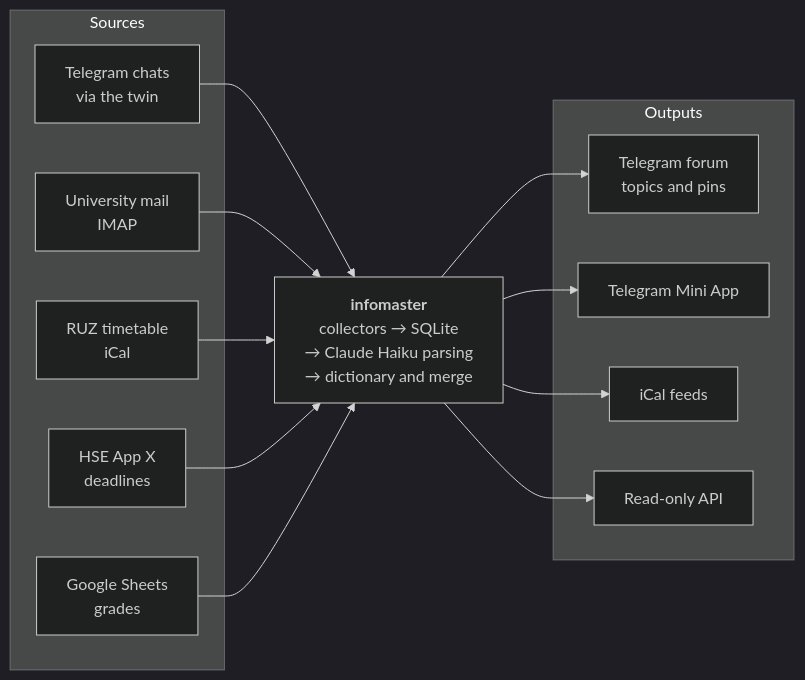
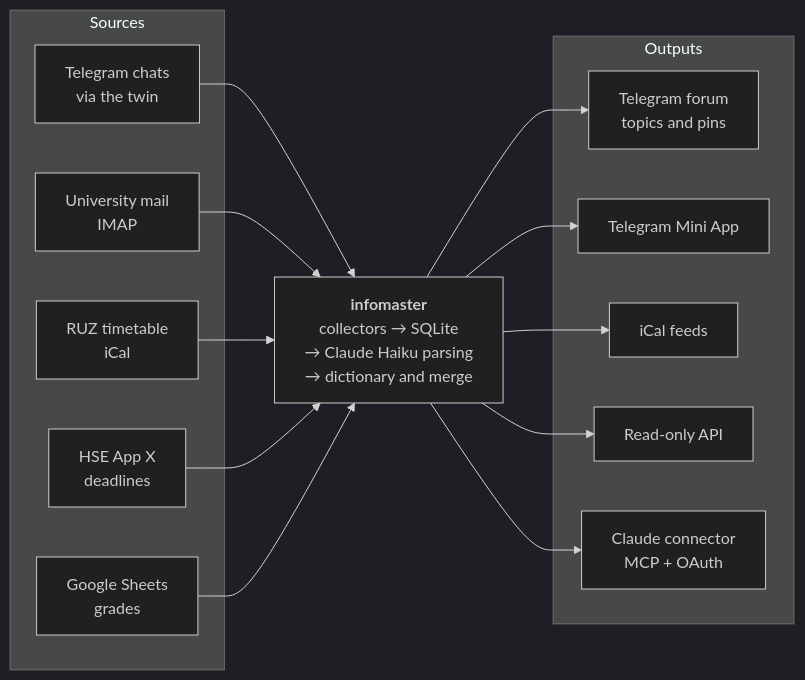
Before and after one commit to IvanIkra/infomaster: the diagram in README.md, drawn with Mermaid (dark theme). The commit also changed other lines of this file and 2 other files, not shown here.

Commit message:
Docs: the MCP connector, how to add it in claude.ai

````diff
--- a/README.md
+++ b/README.md
@@ -37,19 +40,20 @@
 ```mermaid
 flowchart LR
     subgraph Sources
         TG[Telegram chats<br/>via the twin]
         MAIL[University mail<br/>IMAP]
         RUZ[RUZ timetable<br/>iCal]
         HSE[HSE App X<br/>deadlines]
         GS[Google Sheets<br/>grades]
     end
     CORE[<b>infomaster</b><br/>collectors → SQLite<br/>→ Claude Haiku parsing<br/>→ dictionary and merge]
     subgraph Outputs
         FORUM[Telegram forum<br/>topics and pins]
         APP[Telegram Mini App]
         ICS[iCal feeds]
         API[Read-only API]
+        MCP[Claude connector<br/>MCP + OAuth]
     end
     TG & MAIL & RUZ & HSE & GS --> CORE
-    CORE --> FORUM & APP & ICS & API
+    CORE --> FORUM & APP & ICS & API & MCP
 ```
````
